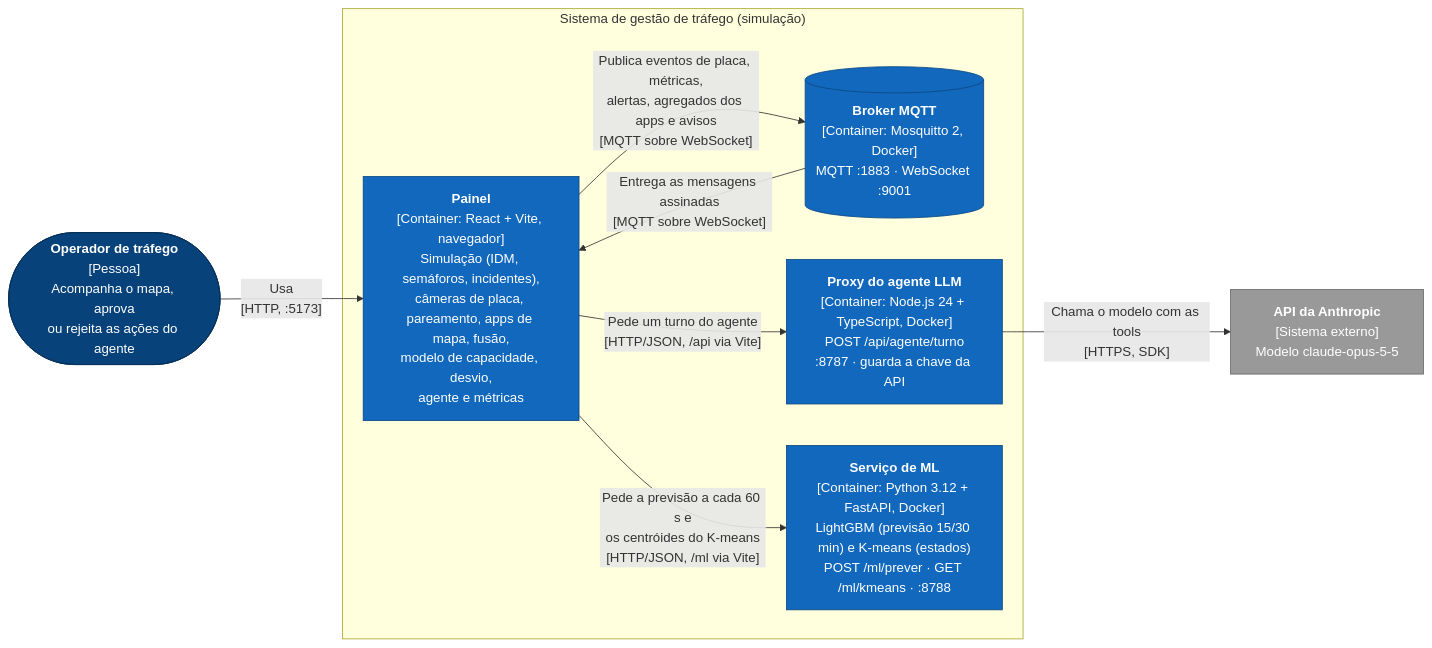
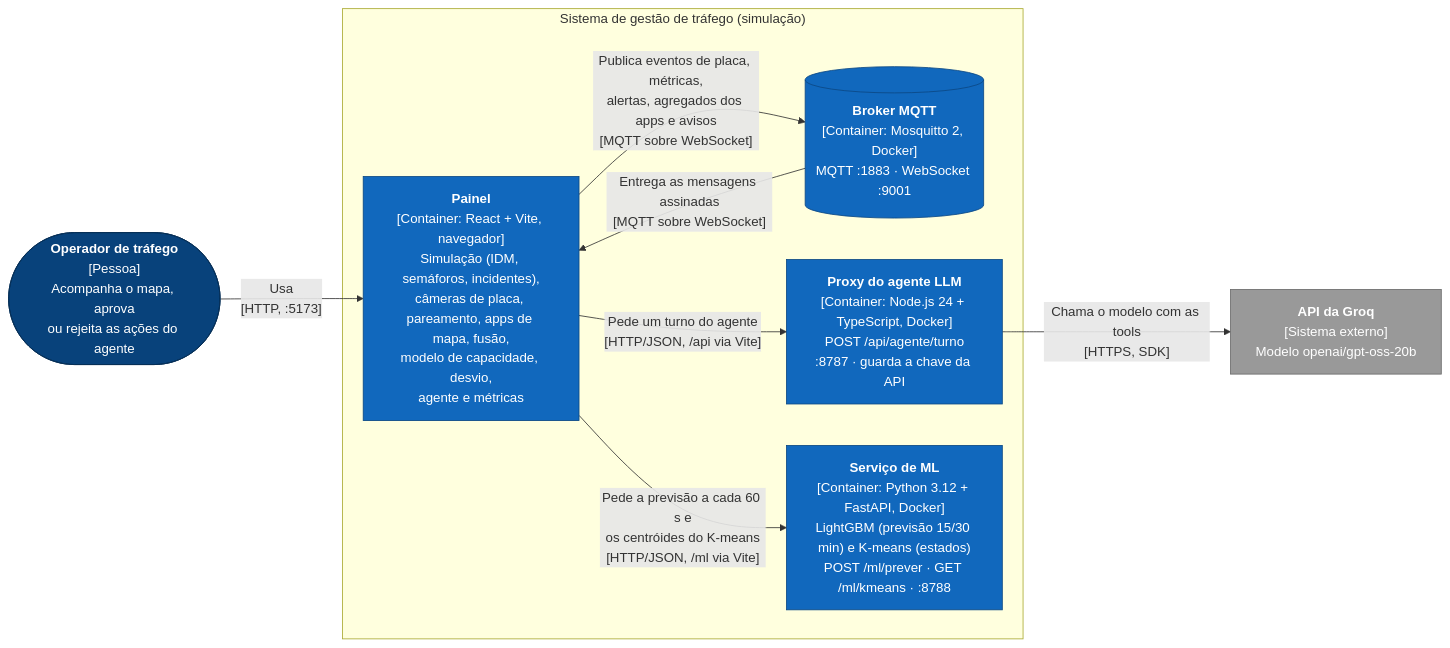
The third of 3 diagrams in 2TIAO/GLOBAL-SOLUTION-2/GETTING_STARTED.md (EdsonHenrique96/global-solution-2), drawn with Mermaid before and after one commit. The commit also changed other lines of this file and 17 other files, not shown here.

Commit message:
feat(agente): integrar gpt-oss e auditar decisões da V3

````diff
--- a/2TIAO/GLOBAL-SOLUTION-2/GETTING_STARTED.md
+++ b/2TIAO/GLOBAL-SOLUTION-2/GETTING_STARTED.md
@@ -103,27 +103,27 @@
 ```mermaid
 flowchart LR
     operador(["<b>Operador de tráfego</b><br/>[Pessoa]<br/>Acompanha o mapa, aprova<br/>ou rejeita as ações do agente"])
 
     subgraph sistema["Sistema de gestão de tráfego (simulação)"]
         painel["<b>Painel</b><br/>[Container: React + Vite, navegador]<br/>Simulação (IDM, semáforos, incidentes),<br/>câmeras de placa, pareamento, apps de mapa, fusão,<br/>modelo de capacidade, desvio,<br/>agente e métricas"]
         broker[("<b>Broker MQTT</b><br/>[Container: Mosquitto 2, Docker]<br/>MQTT :1883 · WebSocket :9001")]
         proxy["<b>Proxy do agente LLM</b><br/>[Container: Node.js 24 + TypeScript, Docker]<br/>POST /api/agente/turno<br/>:8787 · guarda a chave da API"]
         ml["<b>Serviço de ML</b><br/>[Container: Python 3.12 + FastAPI, Docker]<br/>LightGBM (previsão 15/30 min) e K-means (estados)<br/>POST /ml/prever · GET /ml/kmeans · :8788"]
     end
 
-    llm["<b>API da Anthropic</b><br/>[Sistema externo]<br/>Modelo claude-opus-5-5"]
+    llm["<b>API da Groq</b><br/>[Sistema externo]<br/>Modelo openai/gpt-oss-20b"]
 
     operador -- "Usa<br/>[HTTP, :5173]" --> painel
     painel -- "Publica eventos de placa, métricas,<br/>alertas, agregados dos apps e avisos<br/>[MQTT sobre WebSocket]" --> broker
     broker -- "Entrega as mensagens assinadas<br/>[MQTT sobre WebSocket]" --> painel
     painel -- "Pede um turno do agente<br/>[HTTP/JSON, /api via Vite]" --> proxy
     proxy -- "Chama o modelo com as tools<br/>[HTTPS, SDK]" --> llm
     painel -- "Pede a previsão a cada 60 s e<br/>os centróides do K-means<br/>[HTTP/JSON, /ml via Vite]" --> ml
 
     classDef person fill:#08427b,stroke:#052e56,color:#fff
     classDef container fill:#1168bd,stroke:#0b4884,color:#fff
     classDef external fill:#999,stroke:#6b6b6b,color:#fff
     class operador person
     class painel,broker,proxy,ml container
     class llm external
 ```
````
